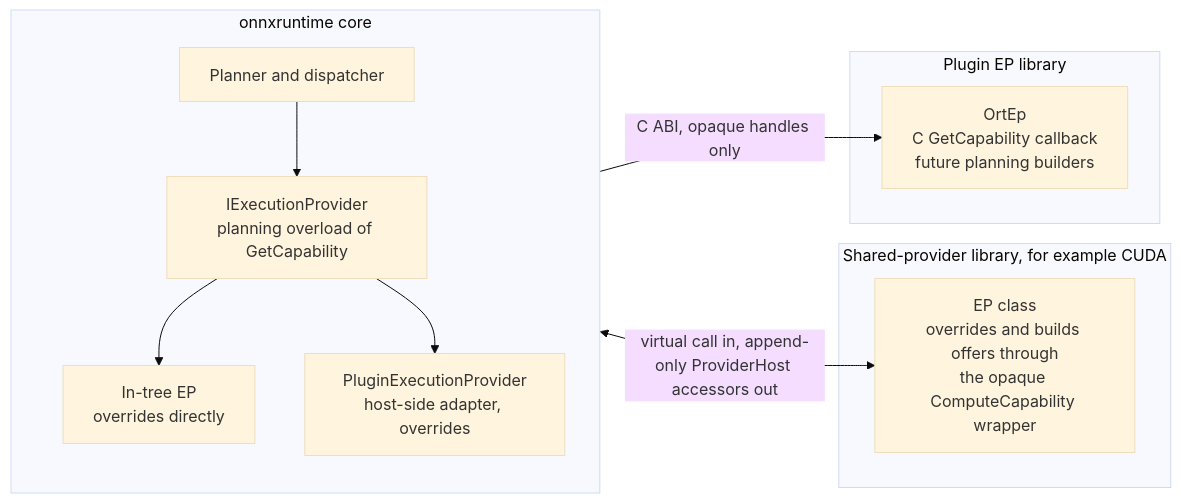
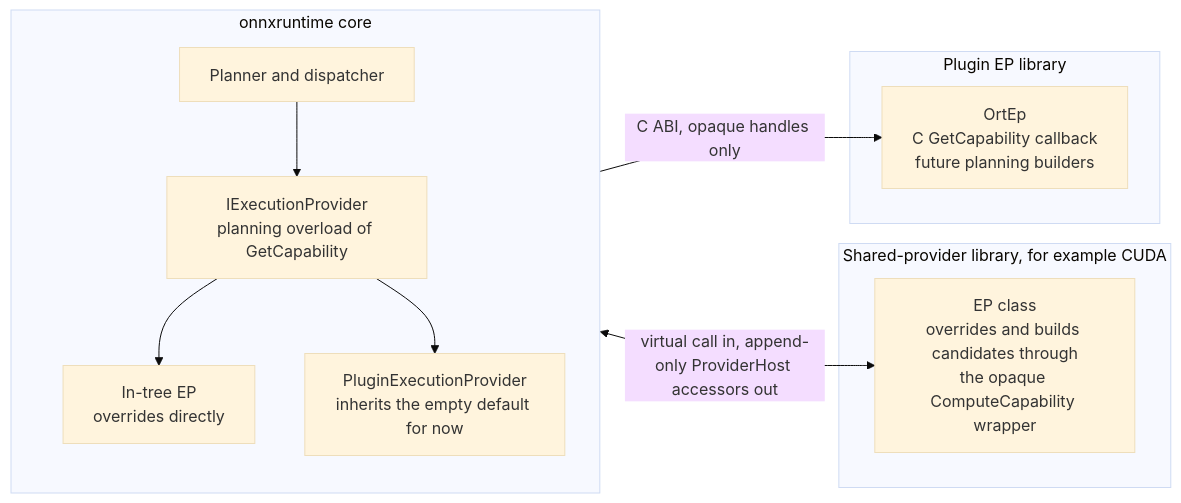
The seventh of 7 diagrams in docs/annotated_partitioning/capability_planning_interfaces.md (microsoft/onnxruntime), drawn with Mermaid (base theme) before and after one commit. The commit also changed other lines of this file, not shown here.

First line of the commit message:
Rework capability planning interfaces around the existing shapes

````diff
--- a/docs/annotated_partitioning/capability_planning_interfaces.md
+++ b/docs/annotated_partitioning/capability_planning_interfaces.md
@@ -497,17 +673,17 @@
 ```mermaid
 flowchart LR
   subgraph CORE["onnxruntime core"]
     direction TB
     PL["Planner and dispatcher"] --> IEP["IExecutionProvider<br/>planning overload of GetCapability"]
     IEP --> INT["In-tree EP<br/>overrides directly"]
-    IEP --> PEP["PluginExecutionProvider<br/>host-side adapter, overrides"]
+    IEP --> PEP["PluginExecutionProvider<br/>inherits the empty default for now"]
   end
   subgraph DLL["Shared-provider library, for example CUDA"]
-    CUDA["EP class<br/>overrides and builds offers through<br/>the opaque ComputeCapability wrapper"]
+    CUDA["EP class<br/>overrides and builds candidates through<br/>the opaque ComputeCapability wrapper"]
   end
   subgraph PLUGIN["Plugin EP library"]
     OREP["OrtEp<br/>C GetCapability callback<br/>future planning builders"]
   end
   IEP <-->|"virtual call in, append-only ProviderHost accessors out"| CUDA
   PEP -->|"C ABI, opaque handles only"| OREP
 ```
````
